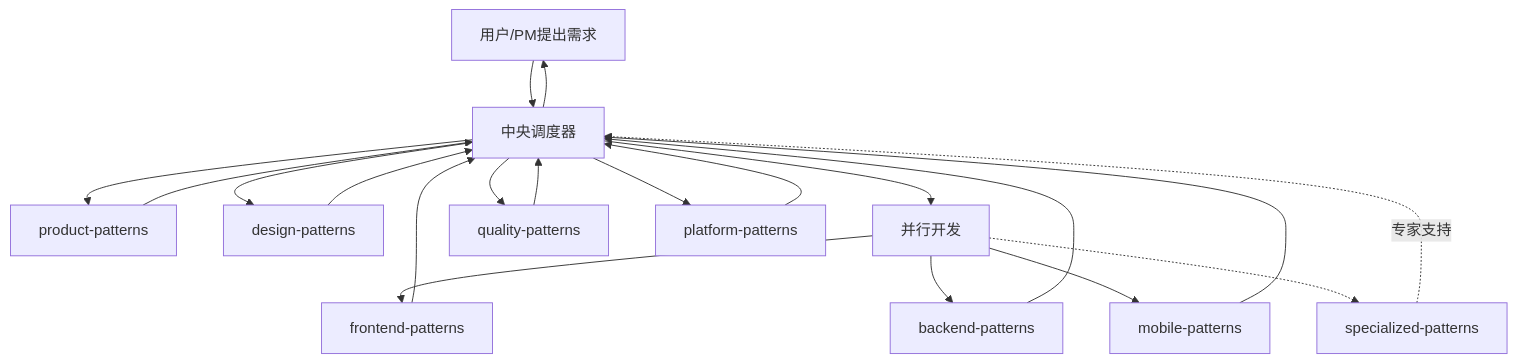
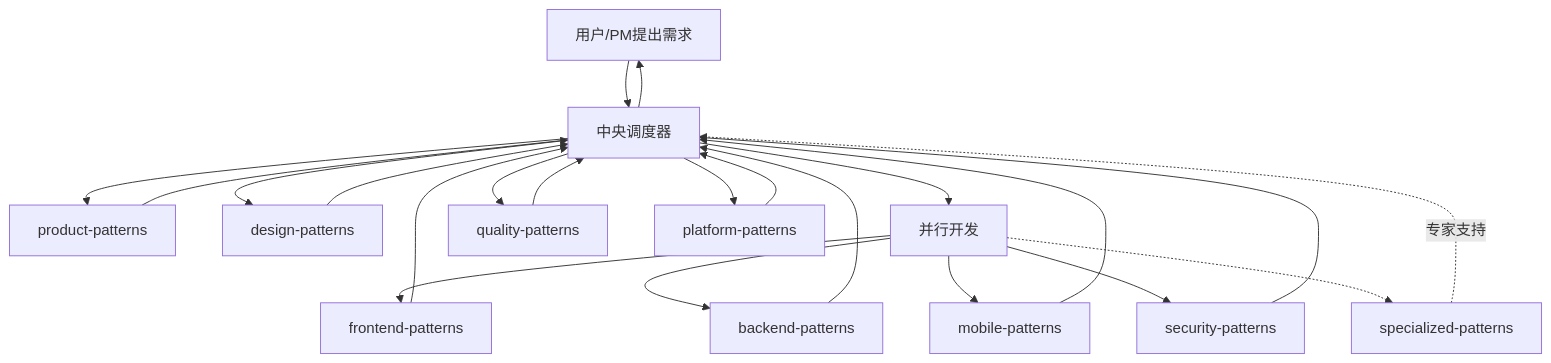
Before and after one commit to Tooooommy/Trae-Workflow: the first of 2 diagrams in agents/orchestrator.md, drawn with Mermaid. The commit also changed other lines of this file and 1 other file, not shown here.

First line of the commit message:
feat(orchestrator, security-patterns): 新增安全团队调度

````diff
--- a/agents/orchestrator.md
+++ b/agents/orchestrator.md
@@ -25,29 +25,31 @@
 ```mermaid
 flowchart TD
     User[用户/PM提出需求] --> Orchestrator[中央调度器]
 
     Orchestrator --> Product[product-patterns]
     Product --> Orchestrator
 
     Orchestrator --> Design[design-patterns]
     Design --> Orchestrator
 
     Orchestrator --> ParallelDev[并行开发]
     ParallelDev --> FE[frontend-patterns]
     ParallelDev --> BE[backend-patterns]
     ParallelDev --> Mobile[mobile-patterns]
+    ParallelDev --> Security[security-patterns]
     ParallelDev -.-> Expert[specialized-patterns]
 
     FE --> Orchestrator
     BE --> Orchestrator
     Mobile --> Orchestrator
+    Security --> Orchestrator
     Expert -. 专家支持 .-> Orchestrator
 
     Orchestrator --> QA[quality-patterns]
     QA --> Orchestrator
 
     Orchestrator --> Ops[platform-patterns]
     Ops --> Orchestrator
 
     Orchestrator --> User
 ```
````
